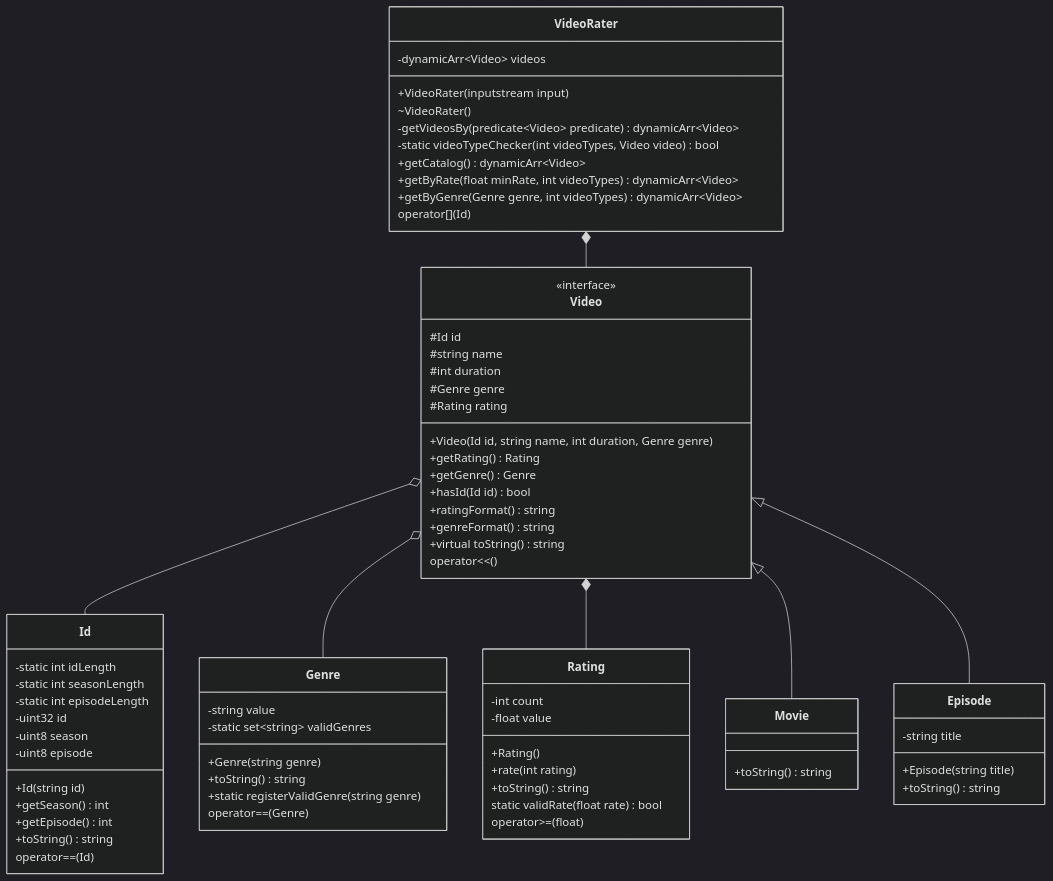
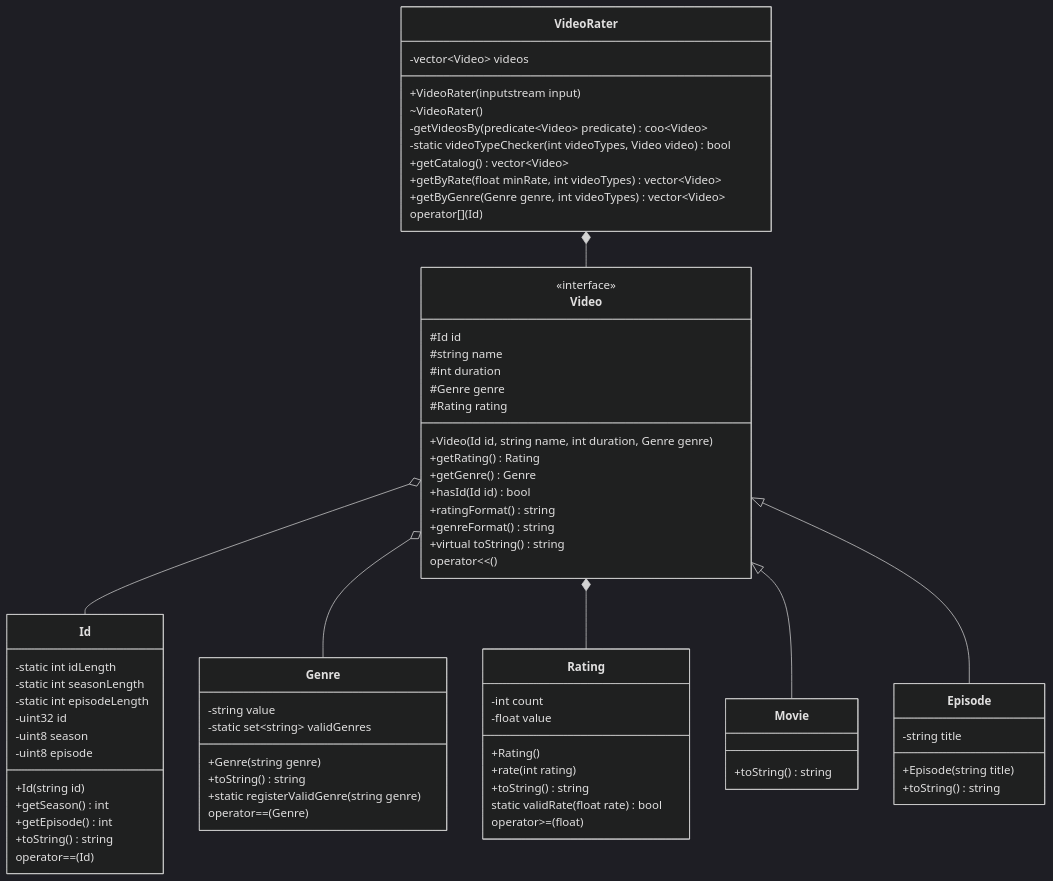
The diagram in class_diagram.md (sebascert/oop-final), drawn with Mermaid (dark theme) before and after one commit. The commit also changed 1 other file, not shown here.

Commit message:
Update class uml

````diff
--- a/class_diagram.md
+++ b/class_diagram.md
@@ -1,75 +1,75 @@
 ```mermaid
 classDiagram
     class Id{
         -static int idLength
         -static int seasonLength
         -static int episodeLength
         -uint32 id
         -uint8 season
         -uint8 episode
         +Id(string id)
         +getSeason() int
         +getEpisode() int
         +toString() string
         operator==(Id)
     }
     class Genre{
         -string value
         -static set~string~ validGenres
         +Genre(string genre)
         +toString() string
         +static registerValidGenre(string genre)
         operator==(Genre)
     }
     class Rating{
         -int count
         -float value
         +Rating()
         +rate(int rating)
         +toString() string
         static validRate(float rate) bool
         operator>=(float)
     }
     class Video {
         <<interface>>
         #Id id
         #string name
         #int duration
         #Genre genre
         #Rating rating
         +Video(Id id, string name, int duration, Genre genre)
         +getRating() Rating
         +getGenre() Genre
         +hasId(Id id) bool
         +ratingFormat() string
         +genreFormat() string
         +virtual toString() string
         operator<<()
     }
     class Movie{
         +toString() string
     }
     class Episode {
         -string title
         +Episode(string title)
         +toString() string
     }
     class VideoRater{
-        -dynamicArr~Video~ videos
+        -vector~Video~ videos
         +VideoRater(inputstream input)
         ~VideoRater()
-        -getVideosBy(predicate~Video~ predicate) dynamicArr~Video~
+        -getVideosBy(predicate~Video~ predicate) coo~Video~
         -static videoTypeChecker(int videoTypes, Video video) bool
-        +getCatalog() dynamicArr~Video~
-        +getByRate(float minRate, int videoTypes) dynamicArr~Video~
-        +getByGenre(Genre genre, int videoTypes) dynamicArr~Video~
+        +getCatalog() vector~Video~
+        +getByRate(float minRate, int videoTypes) vector~Video~
+        +getByGenre(Genre genre, int videoTypes) vector~Video~
         operator[](Id)
     }
 
     Video o-- Id
     Video o-- Genre
     Video *-- Rating
     Video <|-- Movie
     Video <|-- Episode
     VideoRater *-- Video
 ```
````
